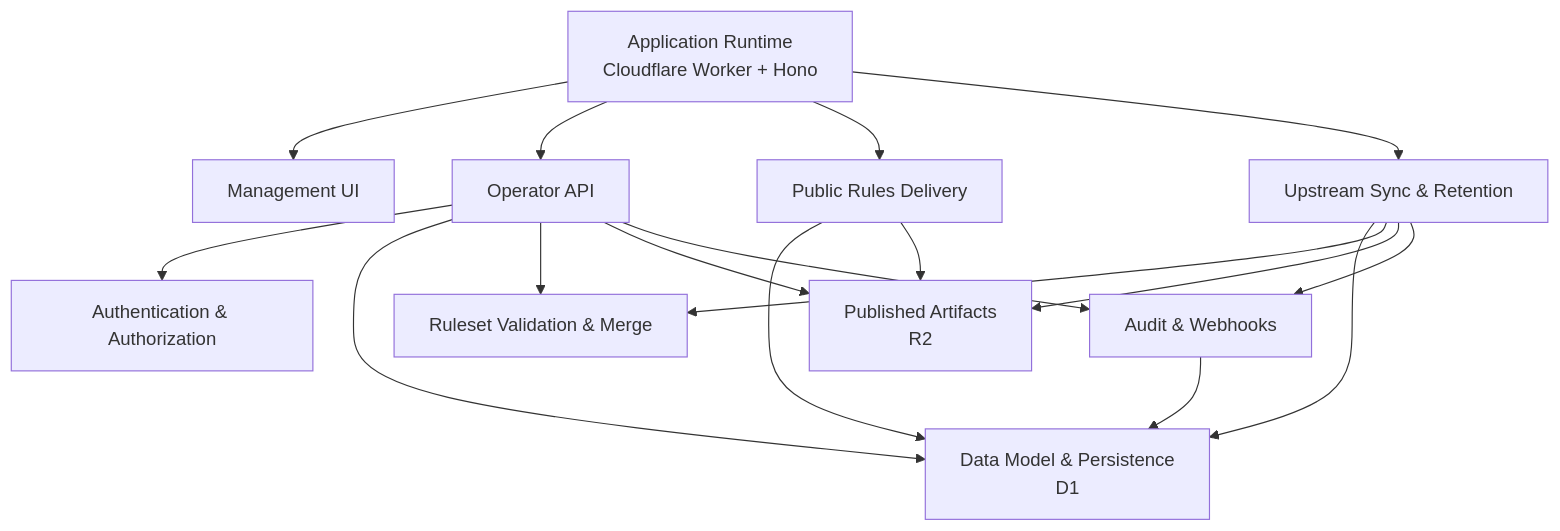
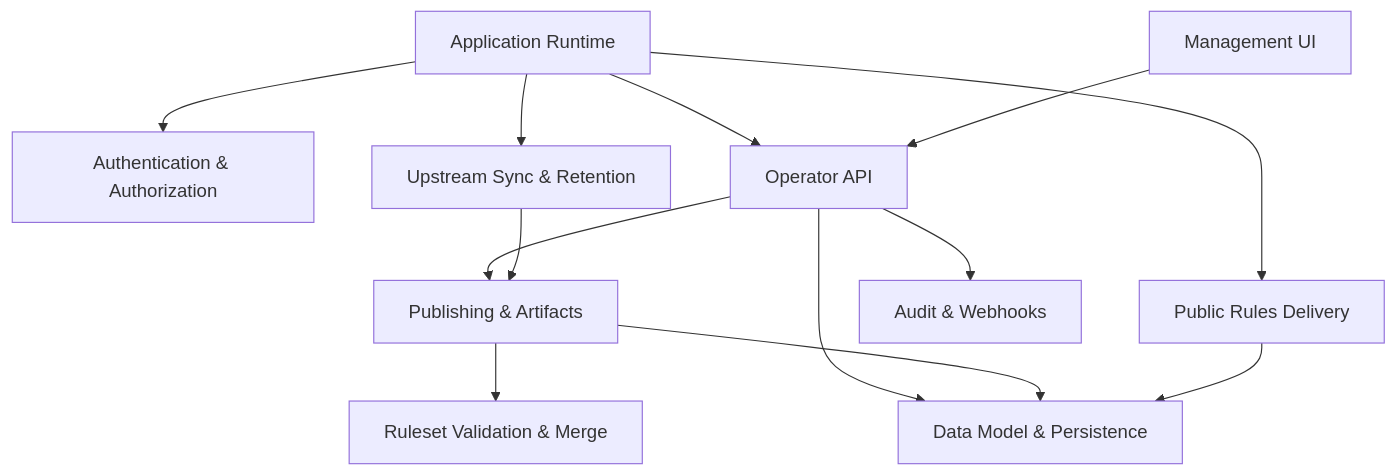
The diagram in docs/wiki/README.md (DailenG/CheckDeployManager), drawn with Mermaid before and after one commit. The commit also changed other lines of this file and 15 other files, not shown here.

````diff
--- a/docs/wiki/README.md
+++ b/docs/wiki/README.md
@@ -16,34 +16,17 @@
 ```mermaid
 flowchart TD
-  Worker[Application Runtime<br/>Cloudflare Worker + Hono]
-  UI[Management UI]
-  API[Operator API]
-  Public[Public Rules Delivery]
-  Auth[Authentication & Authorization]
-  DB[Data Model & Persistence<br/>D1]
-  R2[Published Artifacts<br/>R2]
-  Merge[Ruleset Validation & Merge]
-  Sync[Upstream Sync & Retention]
-  Audit[Audit & Webhooks]
+  Runtime[Application Runtime] --> Auth[Authentication & Authorization]
+  Runtime --> API[Operator API]
+  Runtime --> Public[Public Rules Delivery]
+  Runtime --> Sync[Upstream Sync & Retention]
 
-  Worker --> UI
-  Worker --> API
-  Worker --> Public
-  Worker --> Sync
+  UI[Management UI] --> API
+  API --> Publish[Publishing & Artifacts]
+  API --> Data[Data Model & Persistence]
+  API --> Audit[Audit & Webhooks]
 
-  API --> Auth
-  API --> DB
-  API --> Merge
-  API --> R2
-  API --> Audit
-
-  Public --> DB
-  Public --> R2
-
-  Sync --> DB
-  Sync --> Merge
-  Sync --> R2
-  Sync --> Audit
-
-  Audit --> DB
+  Sync --> Publish
+  Publish --> Merge[Ruleset Validation & Merge]
+  Publish --> Data
+  Public --> Data
 ```
````
